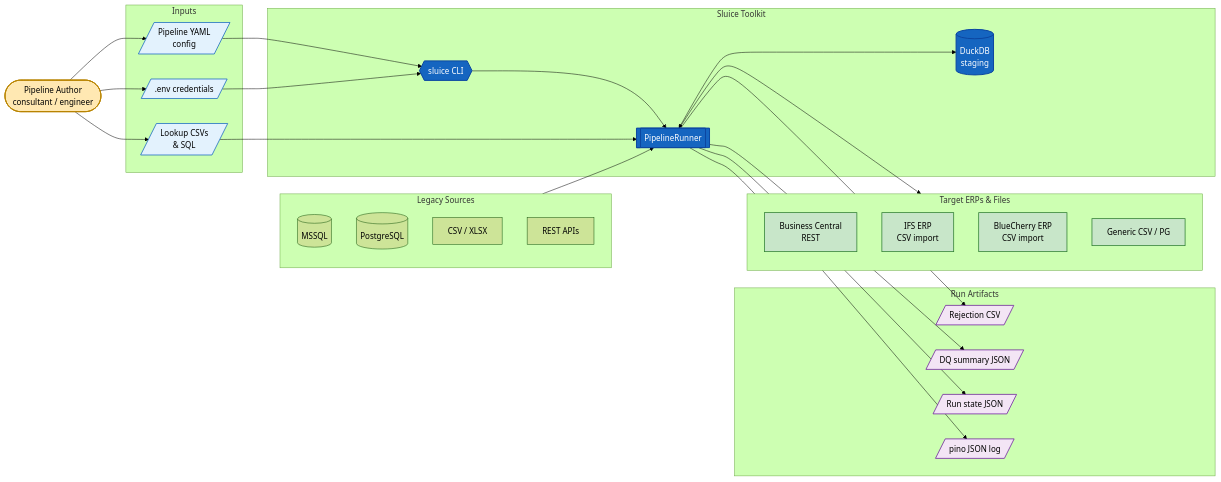
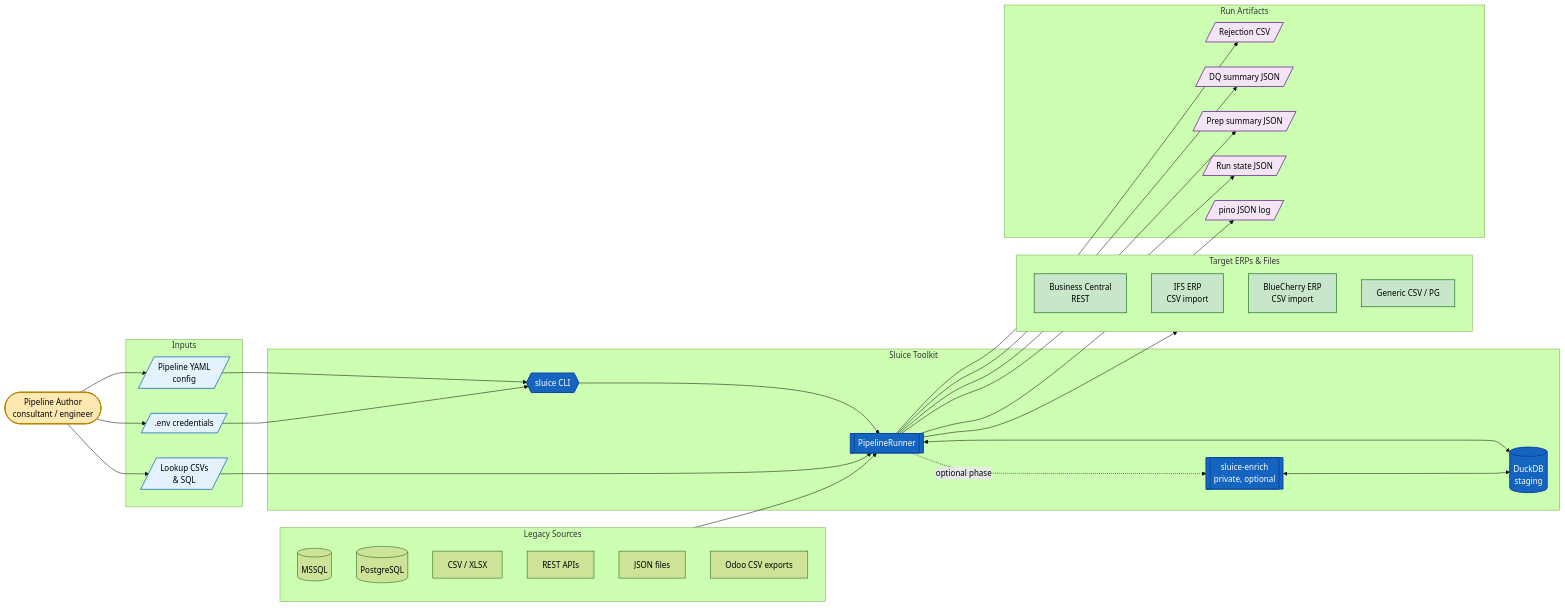
Before and after one commit to caracal-lynx/sluice: the second of 15 diagrams in docs/architecture-diagrams.md, drawn with Mermaid (forest theme). The commit also changed other lines of this file, not shown here.

First line of the commit message:
docs(sluice): correct the architecture diagrams and add a stages overview (#99)

````diff
--- a/docs/architecture-diagrams.md
+++ b/docs/architecture-diagrams.md
@@ -15,61 +96,68 @@
 ```mermaid
 flowchart LR
     classDef person fill:#FFE8B2,stroke:#B88400,stroke-width:2px,color:#000
     classDef input fill:#E3F2FD,stroke:#1565C0,stroke-width:1.5px,color:#000
     classDef core fill:#1565C0,stroke:#0D47A1,stroke-width:2px,color:#FFF
     classDef target fill:#C8E6C9,stroke:#2E7D32,stroke-width:1.5px,color:#000
     classDef report fill:#F3E5F5,stroke:#6A1B9A,stroke-width:1.5px,color:#000
 
     Author([Pipeline Author<br/>consultant / engineer]):::person
 
     subgraph Inputs[Inputs]
       YAML[/Pipeline YAML<br/>config/]:::input
       Lookups[/Lookup CSVs<br/>& SQL/]:::input
       Env[/.env credentials/]:::input
     end
 
     subgraph Sluice[Sluice Toolkit]
       CLI{{sluice CLI}}:::core
       Runner[[PipelineRunner]]:::core
       DuckDB[(DuckDB<br/>staging)]:::core
+      Enrich[[sluice-enrich<br/>private, optional]]:::core
     end
 
     subgraph Sources[Legacy Sources]
       MSSQL[(MSSQL)]
       PG[(PostgreSQL)]
       CSV[CSV / XLSX]
       REST[REST APIs]
+      JSON[JSON files]
+      Odoo[Odoo CSV exports]
     end
 
     subgraph Targets[Target ERPs & Files]
       BC[Business Central<br/>REST]:::target
       IFS[IFS ERP<br/>CSV import]:::target
       BlueCherry[BlueCherry ERP<br/>CSV import]:::target
       GenericCsv[Generic CSV / PG]:::target
     end
 
     subgraph Outputs[Run Artifacts]
       Rejections[/Rejection CSV/]:::report
       Summary[/DQ summary JSON/]:::report
+      PrepSum[/Prep summary JSON/]:::report
       State[/Run state JSON/]:::report
       Log[/pino JSON log/]:::report
     end
 
     Author --> YAML
     Author --> Lookups
     Author --> Env
 
     YAML --> CLI
     Env --> CLI
     CLI --> Runner
 
     Sources --> Runner
     Lookups --> Runner
     Runner <--> DuckDB
+    Runner -.optional phase.-> Enrich
+    Enrich <--> DuckDB
     Runner --> Targets
 
     Runner --> Rejections
     Runner --> Summary
+    Runner --> PrepSum
     Runner --> State
     Runner --> Log
 ```
````
